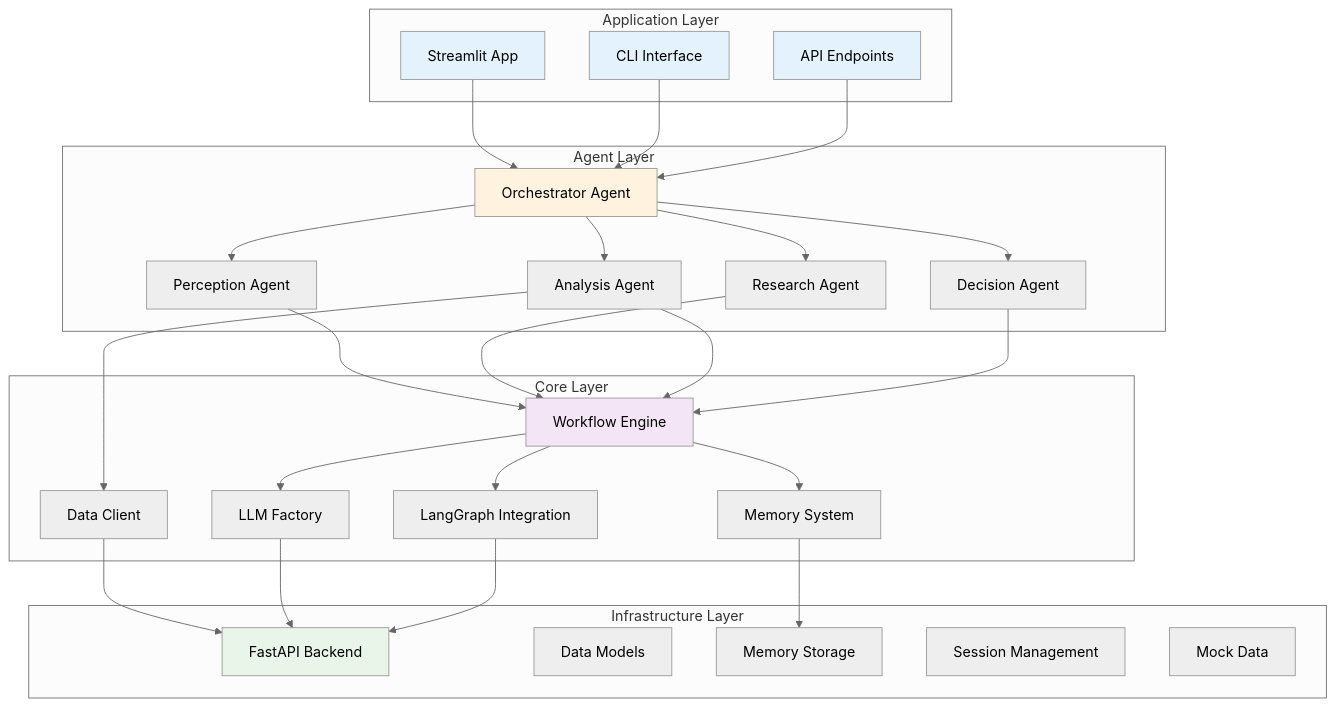
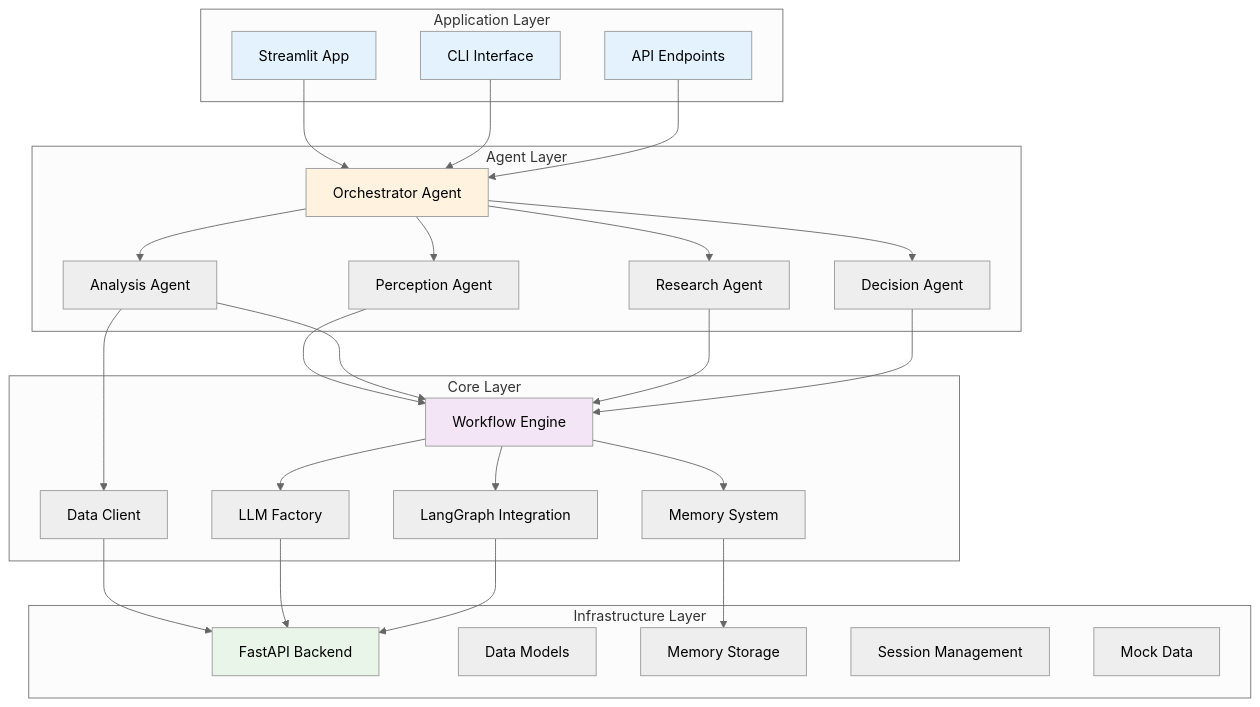
The second of 2 diagrams in README.md (PragnyaVijayan/GapLens), drawn with Mermaid (neutral theme) before and after one commit.

````diff
--- a/README.md
+++ b/README.md
@@ -41,63 +41,64 @@
 ```mermaid
 graph TD
     subgraph "Application Layer"
         A1[Streamlit App]
         A2[CLI Interface]
         A3[API Endpoints]
     end
     
     subgraph "Agent Layer"
+        B3[Analysis Agent]
         B1[Perception Agent]
         B2[Research Agent]
-        B3[Analysis Agent]
         B4[Decision Agent]
         B5[Orchestrator Agent]
     end
     
     subgraph "Core Layer"
         C1[Workflow Engine]
         C2[LLM Factory]
         C3[Memory System]
         C4[Data Client]
         C5[LangGraph Integration]
     end
     
     subgraph "Infrastructure Layer"
         D1[FastAPI Backend]
         D2[Data Models]
         D3[Memory Storage]
         D4[Session Management]
         D5[Mock Data]
     end
     
     A1 --> B5
     A2 --> B5
     A3 --> B5
     
     B5 --> B1
+    B5 --> B3
     B5 --> B2
-    B5 --> B3
     B5 --> B4
     
     B1 --> C1
+    B3 --> C1
     B2 --> C1
-    B3 --> C1
     B4 --> C1
+    
     B3 --> C4
+    C4 --> D1
     
     C1 --> C2
     C1 --> C3
     C1 --> C5
-    C4 --> D1
     
     C2 --> D1
     C3 --> D3
     C5 --> D1
     
     style A1 fill:#e3f2fd
     style A2 fill:#e3f2fd
     style A3 fill:#e3f2fd
     style B5 fill:#fff3e0
     style C1 fill:#f3e5f5
     style D1 fill:#e8f5e8
 ```
````
